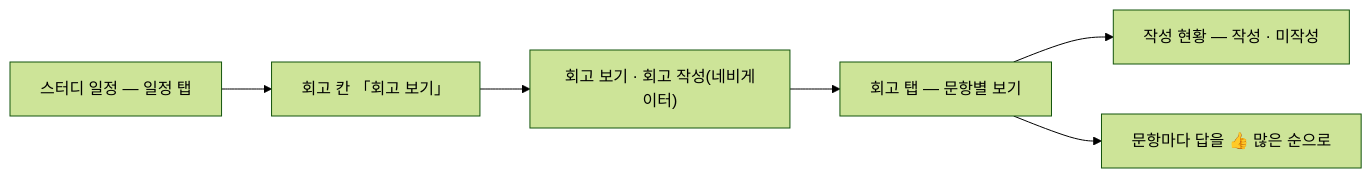
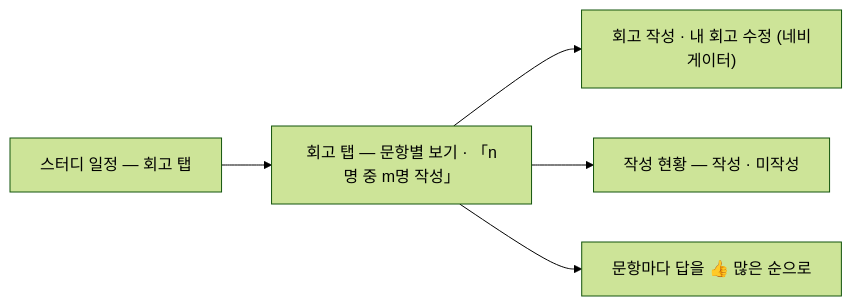
Before and after one commit to StudyClub-PlusPlus/studyclub-engineering: the diagram in 01-planning/stories/navigator-view-meeting-retros/PRD.md, drawn with Mermaid (forest theme). The commit also changed other lines of this file and 32 other files, not shown here.

First line of the commit message:
proto: 스터디 미팅 회고 후속 — 시간대 · 회고 탭 정리 · 콘솔 회고 탭 · 모아보기 문항별/표 (#535)

````diff
--- a/01-planning/stories/navigator-view-meeting-retros/PRD.md
+++ b/01-planning/stories/navigator-view-meeting-retros/PRD.md
@@ -16,8 +16,7 @@
 ```mermaid
 flowchart LR
-  A["스터디 일정 — 일정 탭"] --> B["회고 칸 「회고 보기」"]
-  B --> C["회고 보기 · 회고 작성(네비게이터)"]
-  C --> D["회고 탭 — 문항별 보기"]
+  A["스터디 일정 — 회고 탭"] --> D["회고 탭 — 문항별 보기 · 「n명 중 m명 작성」"]
+  D --> C["회고 작성 · 내 회고 수정 (네비게이터)"]
   D --> E["작성 현황 — 작성 · 미작성"]
   D --> F["문항마다 답을 👍 많은 순으로"]
 ```
````
